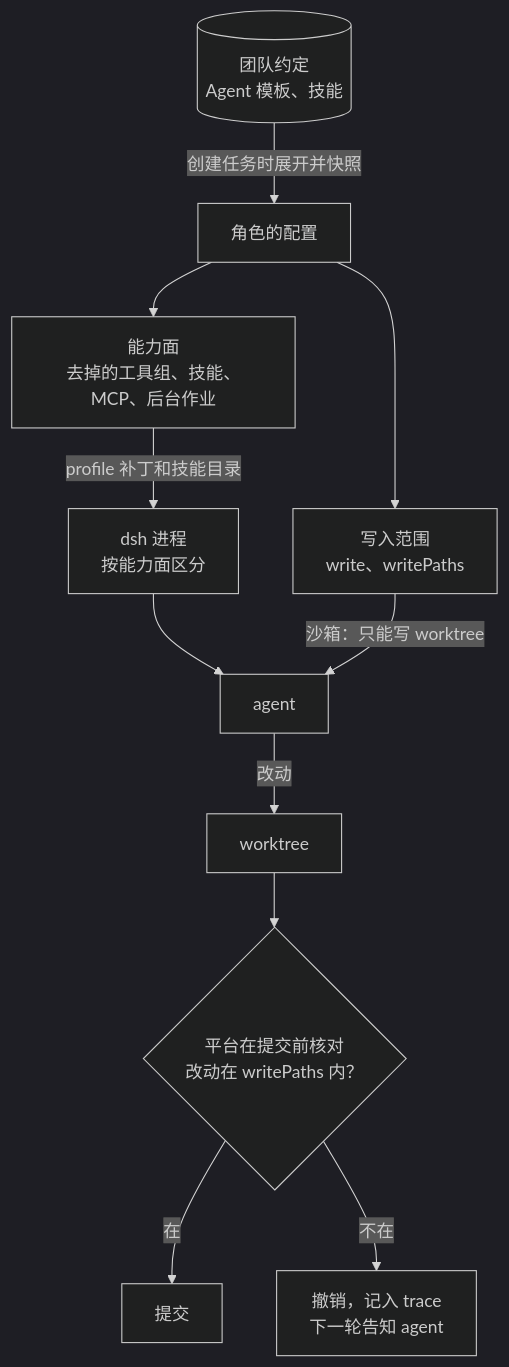
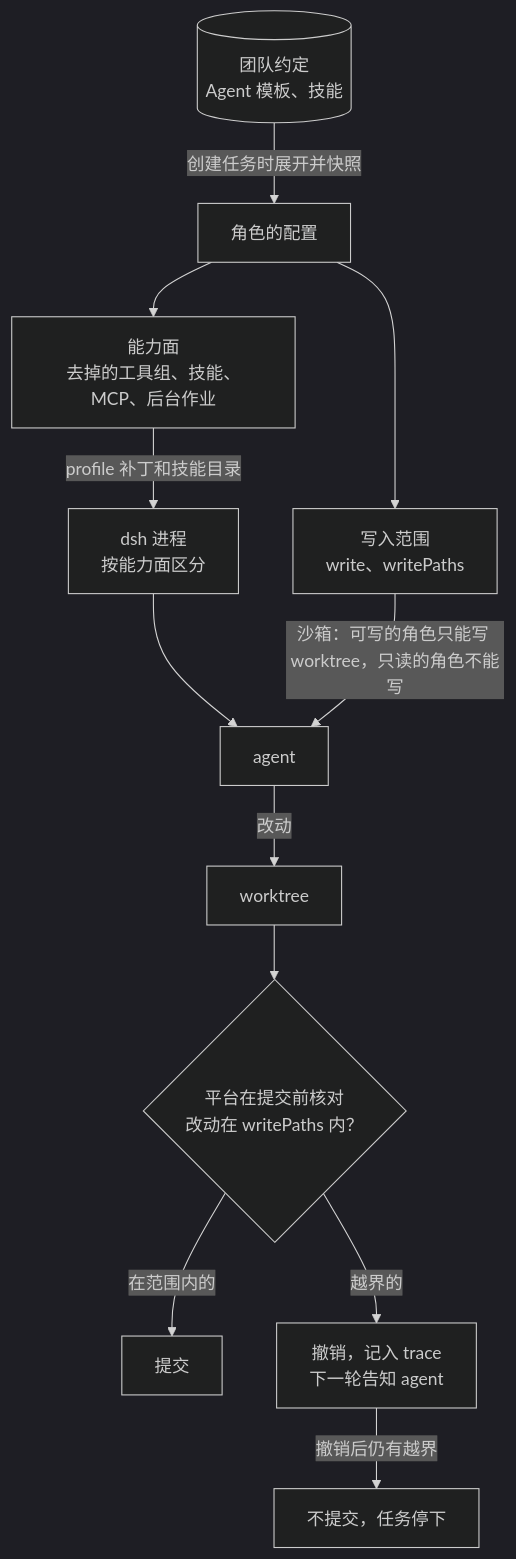
The diagram in docs/adr/003-team-agent-templates.md (Izelzzz/Eos-workbench), drawn with Mermaid (dark theme) before and after one commit. The commit also changed 6 other files, not shown here.

First line of the commit message:
ADR 架构图：按事实核对修正（模型 API 由 dsh 调用、MCP 服务读得到模型 key、检查不通过的两条路径等） (#112)

````diff
--- a/docs/adr/003-team-agent-templates.md
+++ b/docs/adr/003-team-agent-templates.md
@@ -33,13 +33,14 @@
 ```mermaid
 flowchart TD
   tpl[("团队约定<br/>Agent 模板、技能")] -- "创建任务时展开并快照" --> role["角色的配置"]
   role --> prof["能力面<br/>去掉的工具组、技能、MCP、后台作业"]
   role --> scope["写入范围<br/>write、writePaths"]
   prof -- "profile 补丁和技能目录" --> dsh["dsh 进程<br/>按能力面区分"]
   dsh --> agent["agent"]
-  scope -- "沙箱：只能写 worktree" --> agent
+  scope -- "沙箱：可写的角色只能写 worktree，只读的角色不能写" --> agent
   agent -- "改动" --> wt["worktree"]
   wt --> revert{"平台在提交前核对<br/>改动在 writePaths 内？"}
-  revert -- "在" --> commit["提交"]
-  revert -- "不在" --> undo["撤销，记入 trace<br/>下一轮告知 agent"]
+  revert -- "在范围内的" --> commit["提交"]
+  revert -- "越界的" --> undo["撤销，记入 trace<br/>下一轮告知 agent"]
+  undo -- "撤销后仍有越界" --> stop["不提交，任务停下"]
 ```
````
